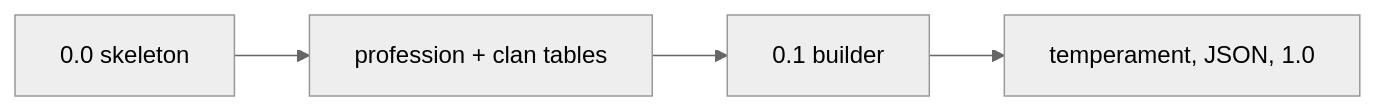
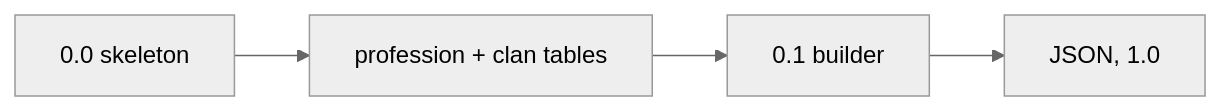
The diagram in docs/ROADMAP.md (RossSim/archetypes), drawn with Mermaid (neutral theme) before and after one commit. The commit also changed other lines of this file and 13 other files, not shown here.

````diff
--- a/docs/ROADMAP.md
+++ b/docs/ROADMAP.md
@@ -13,6 +13,6 @@
 ```mermaid
 flowchart LR
   v00["0.0 skeleton"] --> catalogs["profession + clan tables"]
   catalogs --> v01["0.1 builder"]
-  v01 --> later["temperament, JSON, 1.0"]
+  v01 --> later["JSON, 1.0"]
 ```
````
